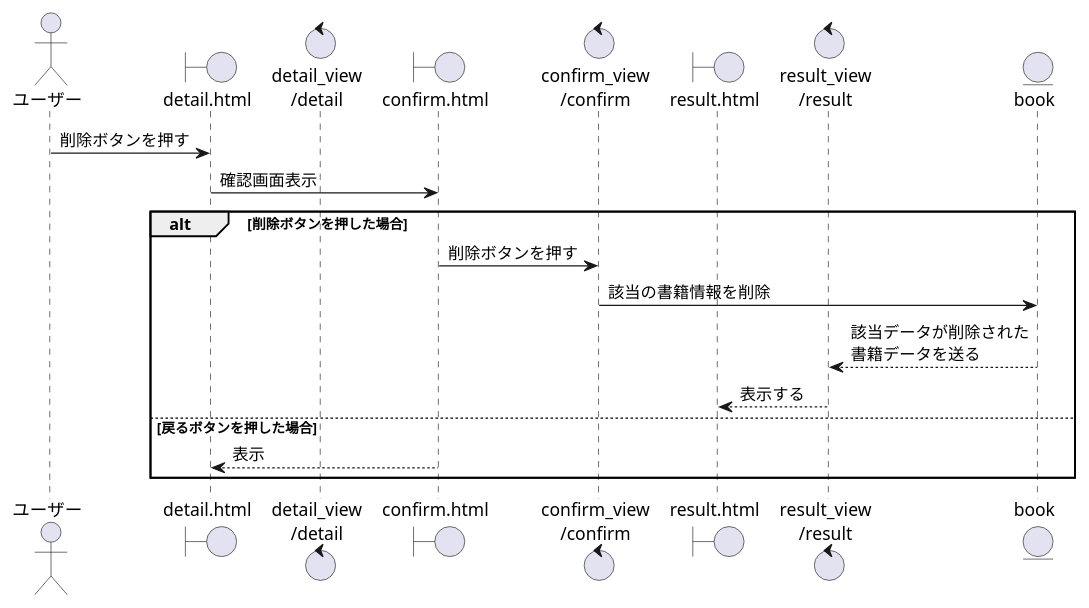
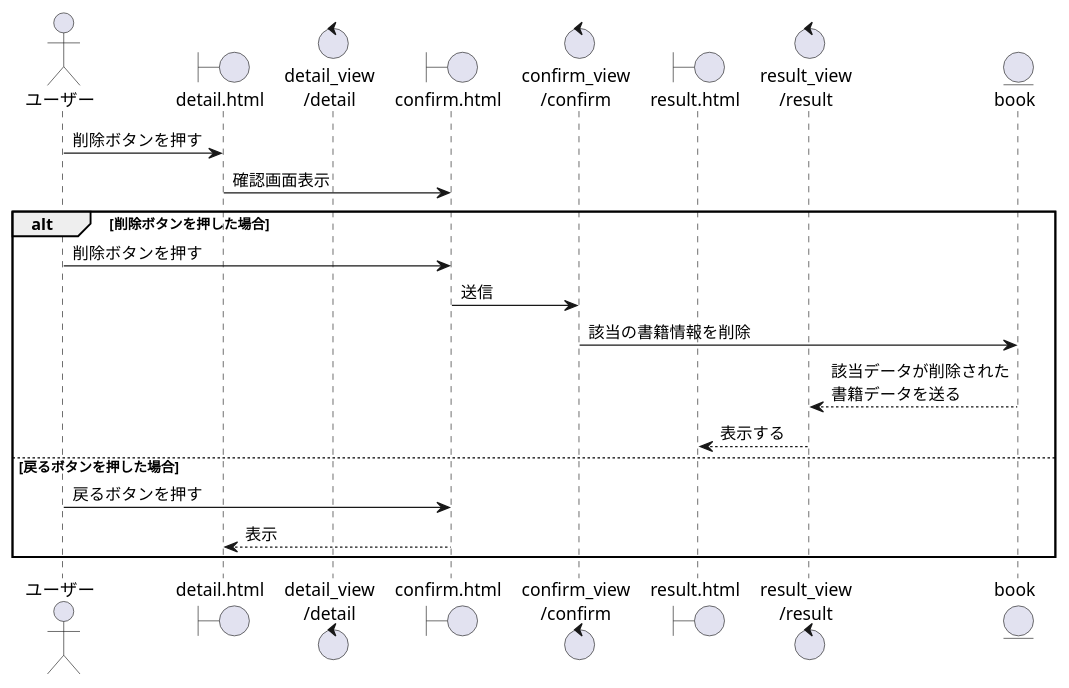
The seventh of 14 diagrams in シーケンス図_書籍検索システム_django.puml (RK0309-art/gith_full_course), drawn with PlantUML before and after one commit. The commit also changed other lines of this file, not shown here.

Commit message:
シーケンス図書籍削除修正

```diff
--- a/シーケンス図_書籍検索システム_django.puml
+++ b/シーケンス図_書籍検索システム_django.puml
@@ -112,21 +112,23 @@
 @startuml 書籍を削除する
 actor ユーザー as U
 boundary "detail.html" as DH
 control "detail_view\n/detail" as DV
 boundary "confirm.html" as CH
 control "confirm_view\n/confirm" as CV
 boundary "result.html" as RH
 control "result_view\n/result" as RV
 entity "book" as B
 U -> DH :削除ボタンを押す
 DH -> CH :確認画面表示
 alt 削除ボタンを押した場合
-CH -> CV : 削除ボタンを押す
+U -> CH : 削除ボタンを押す
+CH -> CV :送信
 CV -> B : 該当の書籍情報を削除
 B --> RV : 該当データが削除された\n書籍データを送る
 RV --> RH :表示する
 else 戻るボタンを押した場合
+U -> CH :戻るボタンを押す
 CH --> DH : 表示
 end
 
 @enduml
```
